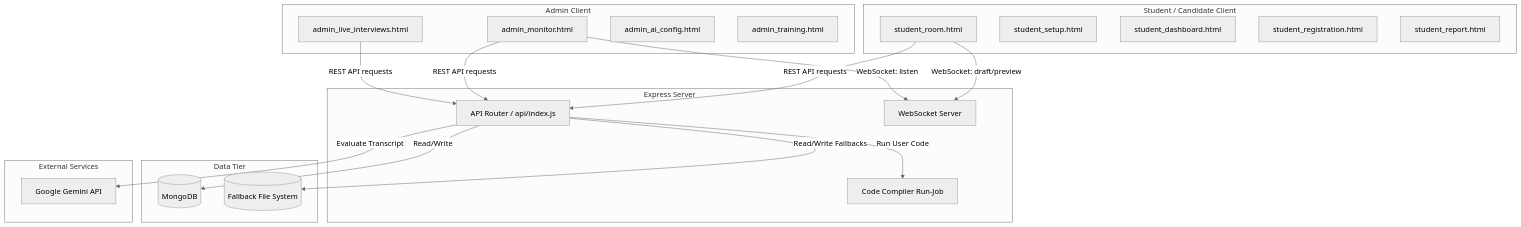
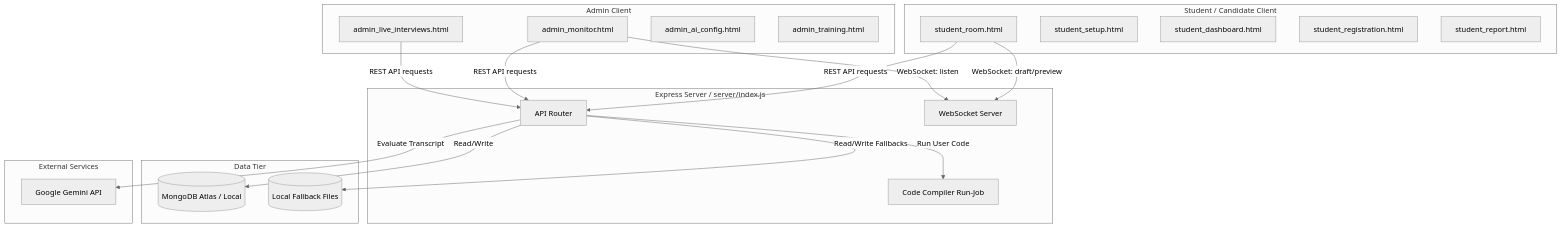
Before and after one commit to karthikachar56/interview: the diagram in codebase_analysis.md, drawn with Mermaid (neutral theme). The commit also changed other lines of this file, not shown here.

Commit message:
Update codebase_analysis.md with latest architecture and pre-check modifications

````diff
--- a/codebase_analysis.md
+++ b/codebase_analysis.md
@@ -12,43 +12,43 @@
 ```mermaid
 graph TD
     subgraph Client [Student / Candidate Client]
         SR[student_room.html]
         SS[student_setup.html]
         SD[student_dashboard.html]
         SReg[student_registration.html]
         SRep[student_report.html]
     end
 
     subgraph Admin [Admin Client]
         AL[admin_live_interviews.html]
         AM[admin_monitor.html]
         AC[admin_ai_config.html]
         AT[admin_training.html]
     end
 
-    subgraph Backend [Express Server]
-        API[API Router / api/index.js]
+    subgraph Backend [Express Server / server/index.js]
+        API[API Router]
         WS[WebSocket Server]
         CO[Code Compiler Run-Job]
     end
 
     subgraph Data [Data Tier]
-        Mongo[(MongoDB)]
-        FS[(Fallback File System)]
+        Mongo[(MongoDB Atlas / Local)]
+        FS[(Local Fallback Files)]
     end
 
     subgraph AI [External Services]
         Gemini[Google Gemini API]
     end
 
     SR -->|WebSocket: draft/preview| WS
     AM -->|WebSocket: listen| WS
     SR -->|REST API requests| API
     AM -->|REST API requests| API
     AL -->|REST API requests| API
     
     API -->|Read/Write| Mongo
     API -->|Read/Write Fallbacks| FS
     API -->|Evaluate Transcript| Gemini
     API -->|Run User Code| CO
 ```
````
